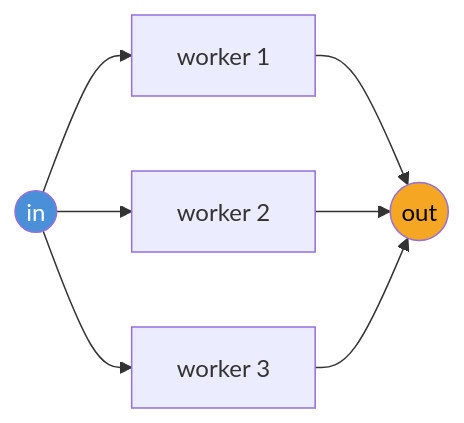
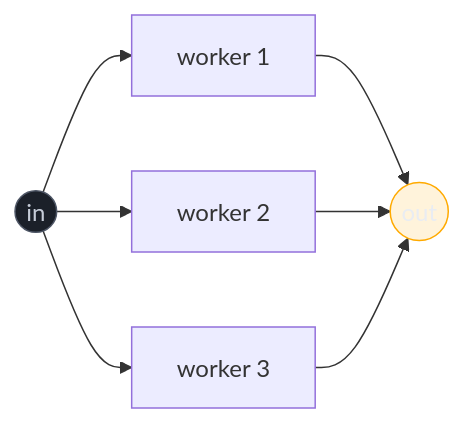
Before and after one commit to josenaldo/codex-technomanticus: the second of 4 diagrams in 03-Dominios/Tecnologia/Go/08 - Channels e select/06 - Padrões — fan-in, fan-out, pipeline.md, drawn with Mermaid. The commit also changed other lines of this file and 1181 other files, not shown here.

First line of the commit message:
fix(diagramas): paleta do sistema no lugar de cor cravada no markdown

````diff
--- a/03-Dominios/Tecnologia/Go/08 - Channels e select/06 - Padrões — fan-in, fan-out, pipeline.md
+++ b/03-Dominios/Tecnologia/Go/08 - Channels e select/06 - Padrões — fan-in, fan-out, pipeline.md
@@ -92,12 +94,14 @@
 ```mermaid
 flowchart LR
+    classDef neutro fill:#1B2029,stroke:#4E5666,color:#C6CCD8
+    classDef destaque fill:#FFAA0024,stroke:#FFAA00,color:#E9ECF2
     In(("in")) --> W1["worker 1"]
     In --> W2["worker 2"]
     In --> W3["worker 3"]
     W1 --> Out1(("out"))
     W2 --> Out1
     W3 --> Out1
 
-    style In fill:#4A90D9,color:#fff
-    style Out1 fill:#F5A623,color:#000
+    class In neutro
+    class Out1 destaque
 ```
````
